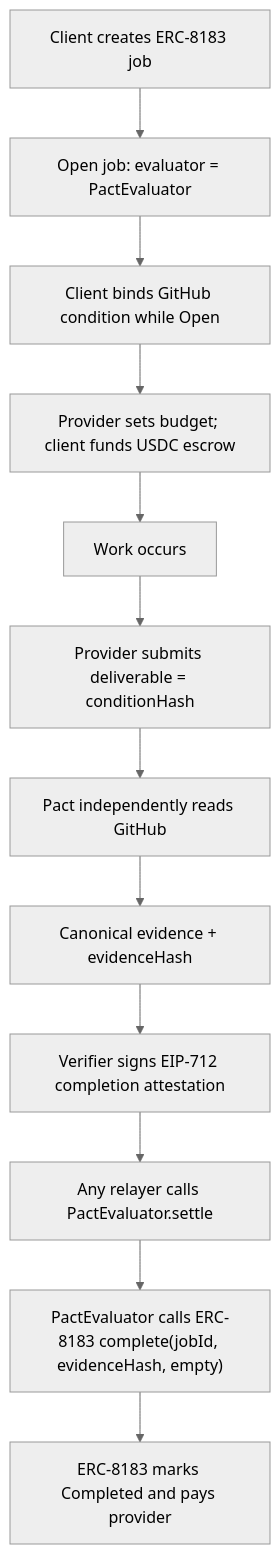
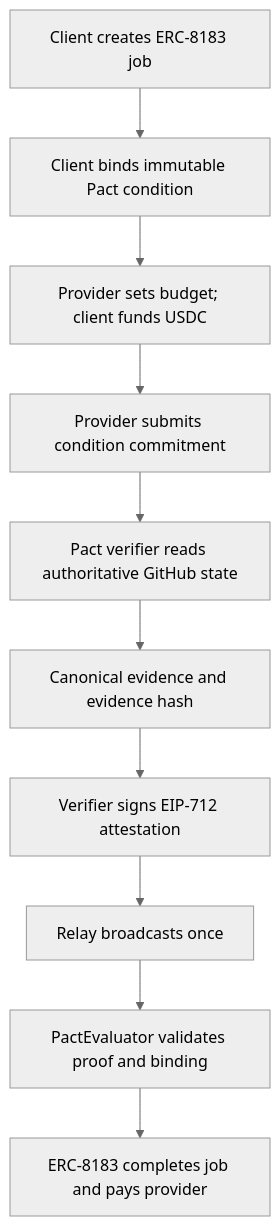
One commit to eugenennamdi/Pact changed the diagram in docs/ARCHITECTURE.md. Above: the diagram before and after it, drawn with Mermaid (neutral theme). The commit also changed other lines of this file and 4 other files, not shown here.

````diff
--- a/docs/ARCHITECTURE.md
+++ b/docs/ARCHITECTURE.md
@@ -30,17 +22,12 @@
 ```mermaid
 flowchart TD
-  U["Client creates ERC-8183 job"]
-  J["Open job: evaluator = PactEvaluator"]
-  B["Client binds GitHub condition while Open"]
-  F["Provider sets budget; client funds USDC escrow"]
-  W["Work occurs"]
-  S["Provider submits deliverable = conditionHash"]
-  G["Pact independently reads GitHub"]
-  E["Canonical evidence + evidenceHash"]
-  A["Verifier signs EIP-712 completion attestation"]
-  P["Any relayer calls PactEvaluator.settle"]
-  C["PactEvaluator calls ERC-8183 complete(jobId, evidenceHash, empty)"]
-  O["ERC-8183 marks Completed and pays provider"]
-
-  U --> J --> B --> F --> W --> S --> G --> E --> A --> P --> C --> O
+  C[Client creates ERC-8183 job] --> B[Client binds immutable Pact condition]
+  B --> F[Provider sets budget; client funds USDC]
+  F --> S[Provider submits condition commitment]
+  S --> G[Pact verifier reads authoritative GitHub state]
+  G --> E[Canonical evidence and evidence hash]
+  E --> A[Verifier signs EIP-712 attestation]
+  A --> R[Relay broadcasts once]
+  R --> P[PactEvaluator validates proof and binding]
+  P --> X[ERC-8183 completes job and pays provider]
 ```
````
